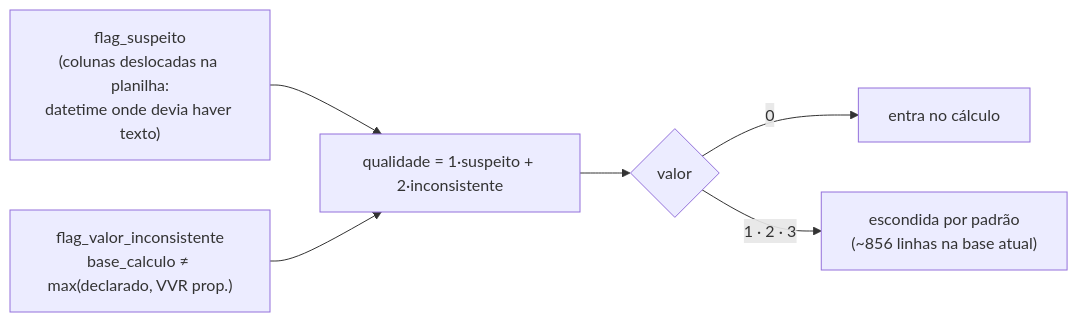
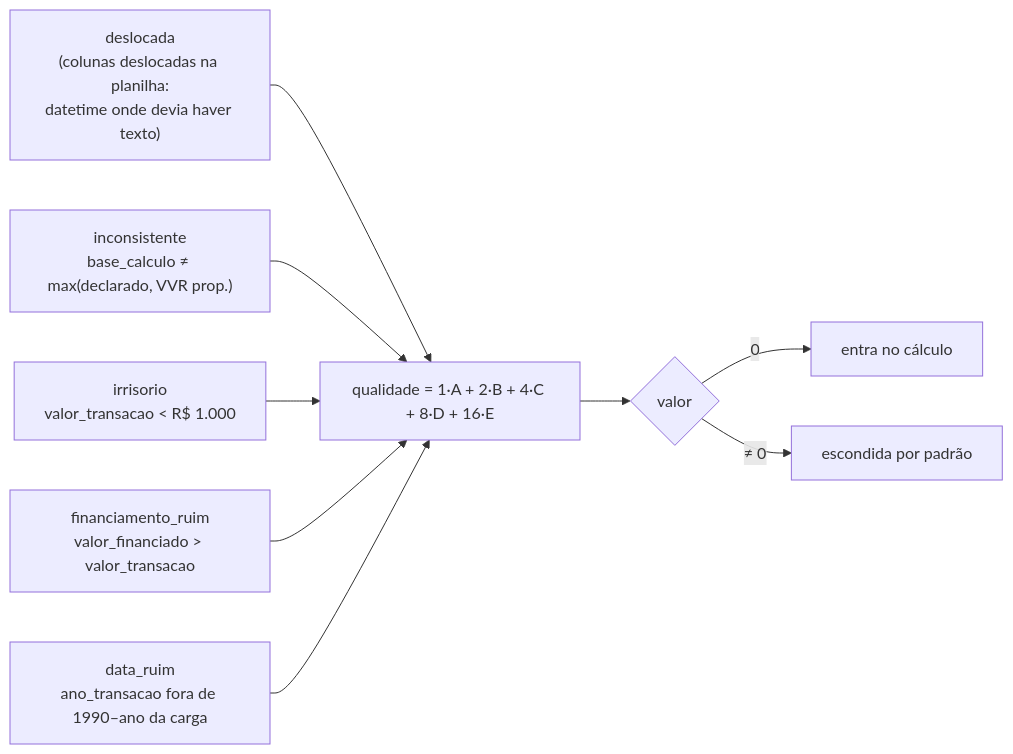
Before and after one commit to patrick-univesp/projeto-integrador-2-radarmoradiasp: the fourth of 6 diagrams in docs/modelo-transacao.md, drawn with Mermaid. The commit also changed other lines of this file and 14 other files, not shown here.

````diff
--- a/docs/modelo-transacao.md
+++ b/docs/modelo-transacao.md
@@ -177,8 +184,11 @@
 ```mermaid
 flowchart LR
-    A["flag_suspeito<br/>(colunas deslocadas na planilha:<br/>datetime onde devia haver texto)"] --> Q
-    B["flag_valor_inconsistente<br/>base_calculo ≠ max(declarado, VVR prop.)"] --> Q
-    Q["qualidade = 1·suspeito + 2·inconsistente"] --> R{"valor"}
+    A["deslocada<br/>(colunas deslocadas na planilha:<br/>datetime onde devia haver texto)"] --> Q
+    B["inconsistente<br/>base_calculo ≠ max(declarado, VVR prop.)"] --> Q
+    C["irrisorio<br/>valor_transacao < R$ 1.000"] --> Q
+    D["financiamento_ruim<br/>valor_financiado > valor_transacao"] --> Q
+    E["data_ruim<br/>ano_transacao fora de 1990–ano da carga"] --> Q
+    Q["qualidade = 1·A + 2·B + 4·C + 8·D + 16·E"] --> R{"valor"}
     R -- 0 --> OK["entra no cálculo"]
-    R -- "1 · 2 · 3" --> H["escondida por padrão<br/>(~856 linhas na base atual)"]
+    R -- "≠ 0" --> H["escondida por padrão"]
 ```
````
